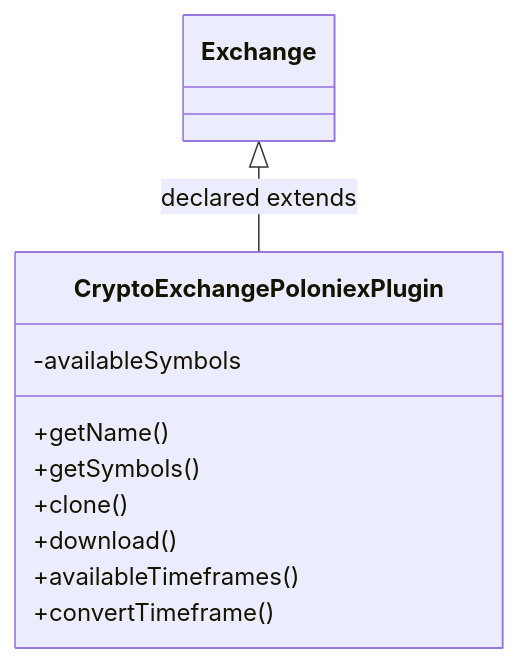
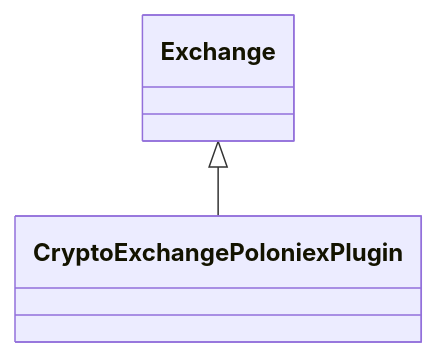
One commit to haruperi/HaruQuantAI changed the diagram in docs/sqx/DataManager/CryptoExchangePoloniex.md. Above: the diagram before and after it, drawn with Mermaid. The commit also changed other lines of this file and 1688 other files, not shown here.

````diff
--- a/docs/sqx/DataManager/CryptoExchangePoloniex.md
+++ b/docs/sqx/DataManager/CryptoExchangePoloniex.md
@@ -30,14 +26,6 @@
 ```mermaid
 classDiagram
-    class Cc67247942ff0["CryptoExchangePoloniexPlugin"] {
-        -availableSymbols
-        +getName()
-        +getSymbols()
-        +clone()
-        +download()
-        +availableTimeframes()
-        +convertTimeframe()
-    }
-    class Cdc5bf0b36300["Exchange"]
-    Cdc5bf0b36300 <|-- Cc67247942ff0 : declared extends
+    class C0["CryptoExchangePoloniexPlugin"]
+    class E0["Exchange"]
+    E0 <|-- C0
 ```
````
